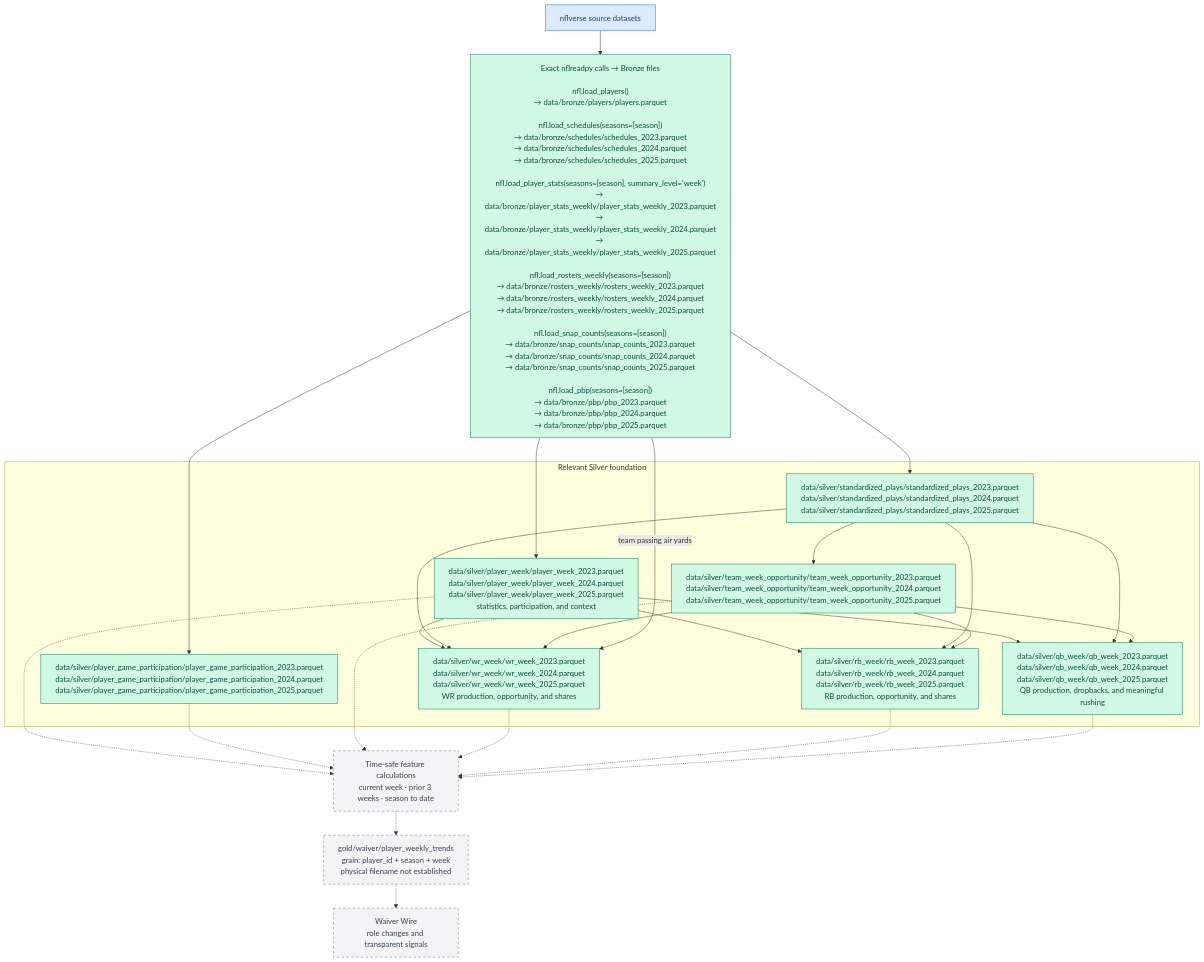
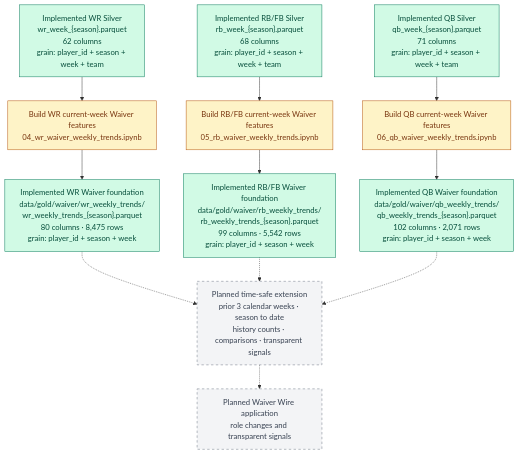
One commit to ddarby15/nfl-dream-lab-app changed the third of 4 diagrams in docs/data-lineage-by-gold-product.md. Above: the diagram before and after it, drawn with Mermaid. The commit also changed other lines of this file and 25 other files, not shown here.

Commit message:
update docs and roadmap

````diff
--- a/docs/data-lineage-by-gold-product.md
+++ b/docs/data-lineage-by-gold-product.md
@@ -123,49 +123,33 @@
 ```mermaid
 flowchart TB
-    SOURCE["nflverse source datasets"]
-    B_FILES["Exact nflreadpy calls → Bronze files<br/><br/>nfl.load_players()<br/>→ data/bronze/players/players.parquet<br/><br/>nfl.load_schedules(seasons=[season])<br/>→ data/bronze/schedules/schedules_2023.parquet<br/>→ data/bronze/schedules/schedules_2024.parquet<br/>→ data/bronze/schedules/schedules_2025.parquet<br/><br/>nfl.load_player_stats(seasons=[season], summary_level='week')<br/>→ data/bronze/player_stats_weekly/player_stats_weekly_2023.parquet<br/>→ data/bronze/player_stats_weekly/player_stats_weekly_2024.parquet<br/>→ data/bronze/player_stats_weekly/player_stats_weekly_2025.parquet<br/><br/>nfl.load_rosters_weekly(seasons=[season])<br/>→ data/bronze/rosters_weekly/rosters_weekly_2023.parquet<br/>→ data/bronze/rosters_weekly/rosters_weekly_2024.parquet<br/>→ data/bronze/rosters_weekly/rosters_weekly_2025.parquet<br/><br/>nfl.load_snap_counts(seasons=[season])<br/>→ data/bronze/snap_counts/snap_counts_2023.parquet<br/>→ data/bronze/snap_counts/snap_counts_2024.parquet<br/>→ data/bronze/snap_counts/snap_counts_2025.parquet<br/><br/>nfl.load_pbp(seasons=[season])<br/>→ data/bronze/pbp/pbp_2023.parquet<br/>→ data/bronze/pbp/pbp_2024.parquet<br/>→ data/bronze/pbp/pbp_2025.parquet"]
+    S_WR["Implemented WR Silver<br/>wr_week_{season}.parquet<br/>62 columns<br/>grain: player_id + season + week + team"]
+    S_RB["Implemented RB/FB Silver<br/>rb_week_{season}.parquet<br/>68 columns<br/>grain: player_id + season + week + team"]
+    S_QB["Implemented QB Silver<br/>qb_week_{season}.parquet<br/>71 columns<br/>grain: player_id + season + week + team"]
 
-    subgraph Silver["Relevant Silver foundation"]
-        S_WEEK["data/silver/player_week/player_week_2023.parquet<br/>data/silver/player_week/player_week_2024.parquet<br/>data/silver/player_week/player_week_2025.parquet<br/>statistics, participation, and context"]
-        S_GAME["data/silver/player_game_participation/player_game_participation_2023.parquet<br/>data/silver/player_game_participation/player_game_participation_2024.parquet<br/>data/silver/player_game_participation/player_game_participation_2025.parquet"]
-        S_PLAYS["data/silver/standardized_plays/standardized_plays_2023.parquet<br/>data/silver/standardized_plays/standardized_plays_2024.parquet<br/>data/silver/standardized_plays/standardized_plays_2025.parquet"]
-        S_TEAM["data/silver/team_week_opportunity/team_week_opportunity_2023.parquet<br/>data/silver/team_week_opportunity/team_week_opportunity_2024.parquet<br/>data/silver/team_week_opportunity/team_week_opportunity_2025.parquet"]
-        S_WR["data/silver/wr_week/wr_week_2023.parquet<br/>data/silver/wr_week/wr_week_2024.parquet<br/>data/silver/wr_week/wr_week_2025.parquet<br/>WR production, opportunity, and shares"]
-        S_RB["data/silver/rb_week/rb_week_2023.parquet<br/>data/silver/rb_week/rb_week_2024.parquet<br/>data/silver/rb_week/rb_week_2025.parquet<br/>RB production, opportunity, and shares"]
-        S_QB["data/silver/qb_week/qb_week_2023.parquet<br/>data/silver/qb_week/qb_week_2024.parquet<br/>data/silver/qb_week/qb_week_2025.parquet<br/>QB production, dropbacks, and meaningful rushing"]
-    end
+    X_WR["Build WR current-week Waiver features<br/>04_wr_waiver_weekly_trends.ipynb"]
+    X_RB["Build RB/FB current-week Waiver features<br/>05_rb_waiver_weekly_trends.ipynb"]
+    X_QB["Build QB current-week Waiver features<br/>06_qb_waiver_weekly_trends.ipynb"]
 
-    TRENDS["Time-safe feature calculations<br/>current week · prior 3 weeks · season to date"]
-    G_WAIVER["gold/waiver/player_weekly_trends<br/>grain: player_id + season + week<br/>physical filename not established"]
-    WAIVER["Waiver Wire<br/>role changes and transparent signals"]
+    G_WR["Implemented WR Waiver foundation<br/>data/gold/waiver/wr_weekly_trends/<br/>wr_weekly_trends_{season}.parquet<br/>80 columns · 8,475 rows<br/>grain: player_id + season + week"]
+    G_RB["Implemented RB/FB Waiver foundation<br/>data/gold/waiver/rb_weekly_trends/<br/>rb_weekly_trends_{season}.parquet<br/>99 columns · 5,542 rows<br/>grain: player_id + season + week"]
+    G_QB["Implemented QB Waiver foundation<br/>data/gold/waiver/qb_weekly_trends/<br/>qb_weekly_trends_{season}.parquet<br/>102 columns · 2,071 rows<br/>grain: player_id + season + week"]
 
-    SOURCE --> B_FILES
-    B_FILES --> S_WEEK
-    B_FILES --> S_GAME
-    B_FILES --> S_PLAYS --> S_TEAM
-    S_WEEK --> S_WR
-    S_PLAYS --> S_WR
-    S_TEAM --> S_WR
-    B_FILES -->|team passing air yards| S_WR
-    S_WEEK --> S_RB
-    S_PLAYS --> S_RB
-    S_TEAM --> S_RB
-    S_WEEK --> S_QB
-    S_PLAYS --> S_QB
-    S_TEAM --> S_QB
-    S_WEEK -.-> TRENDS
-    S_GAME -.-> TRENDS
-    S_TEAM -.-> TRENDS
-    S_WR -.-> TRENDS
-    S_RB -.-> TRENDS
-    S_QB -.-> TRENDS
-    TRENDS -.-> G_WAIVER -.-> WAIVER
+    ROLLING["Planned time-safe extension<br/>prior 3 calendar weeks · season to date<br/>history counts · comparisons · transparent signals"]
+    WAIVER["Planned Waiver Wire application<br/>role changes and transparent signals"]
 
-    classDef source fill:#dbeafe,stroke:#2563eb,color:#1e3a8a;
+    S_WR --> X_WR --> G_WR
+    S_RB --> X_RB --> G_RB
+    S_QB --> X_QB --> G_QB
+    G_WR -.-> ROLLING
+    G_RB -.-> ROLLING
+    G_QB -.-> ROLLING
+    ROLLING -.-> WAIVER
+
     classDef built fill:#d1fae5,stroke:#047857,color:#064e3b;
+    classDef step fill:#fef3c7,stroke:#b45309,color:#78350f;
     classDef planned fill:#f3f4f6,stroke:#6b7280,color:#374151,stroke-dasharray:5 5;
 
-    class SOURCE source;
-    class B_FILES,S_WEEK,S_GAME,S_PLAYS,S_TEAM,S_WR,S_RB,S_QB built;
-    class TRENDS,G_WAIVER,WAIVER planned;
+    class S_WR,S_RB,S_QB,G_WR,G_RB,G_QB built;
+    class X_WR,X_RB,X_QB step;
+    class ROLLING,WAIVER planned;
 ```
````
